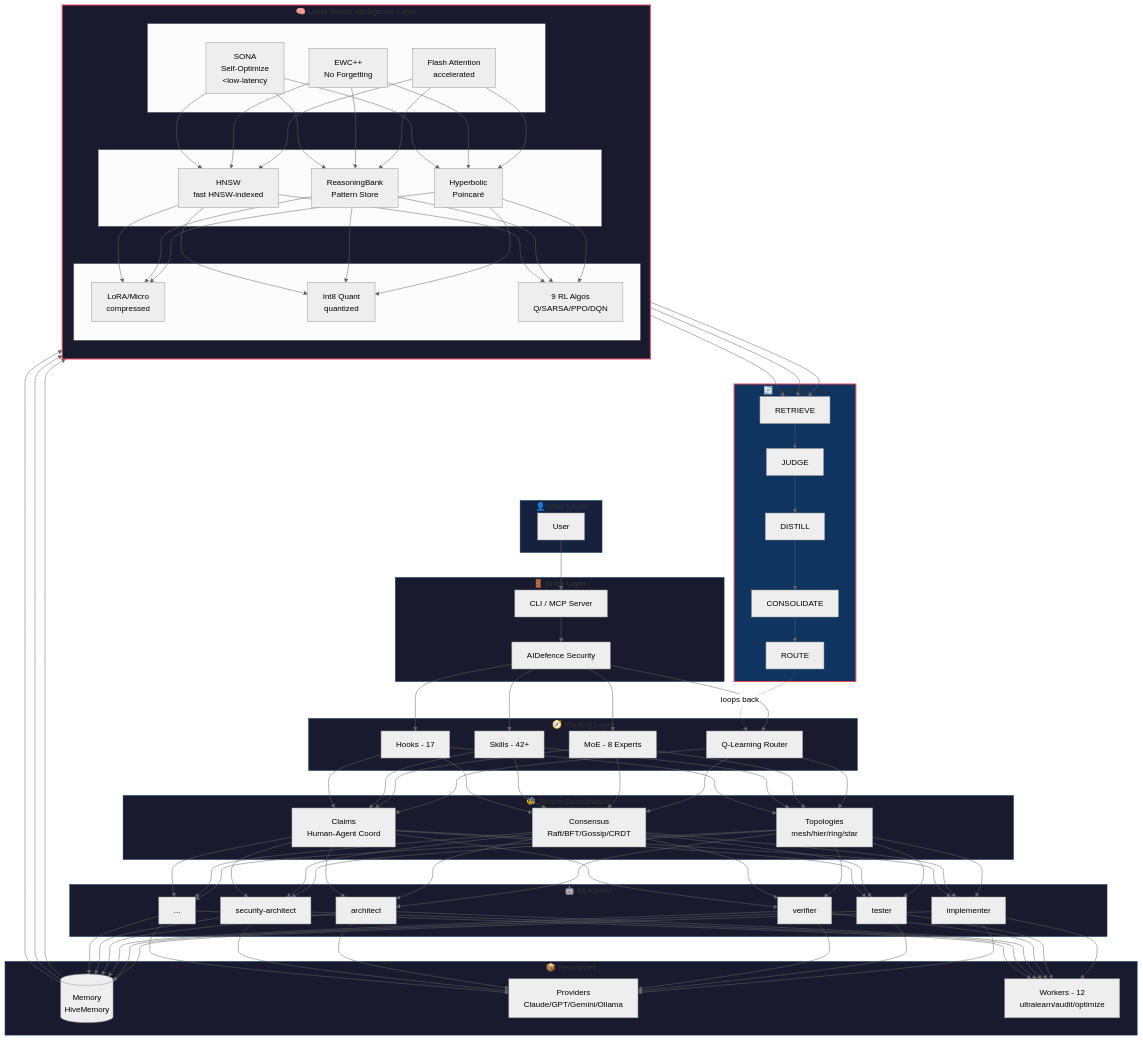
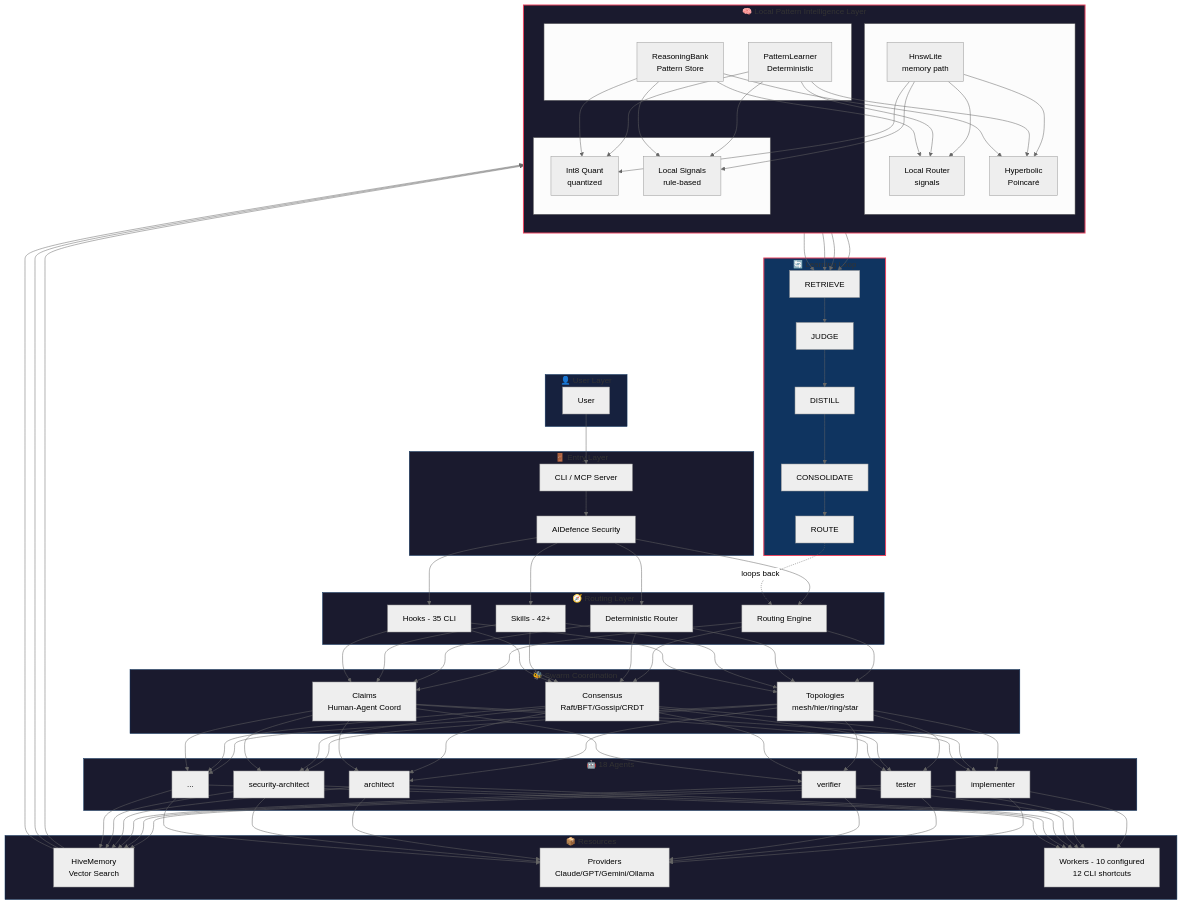
One commit to hypnwtykvmpr/hive-flow changed the first of 6 diagrams in v3/@hive-flow/cli/README.md. Above: the diagram before and after it, drawn with Mermaid (neutral theme). The commit also changed other lines of this file and 15 other files, not shown here.

```diff
--- a/v3/@hive-flow/cli/README.md
+++ b/v3/@hive-flow/cli/README.md
@@ -39,10 +39,10 @@
     end
 
     subgraph ROUTING["🧭 Routing Layer"]
-        QL[Q-Learning Router]
-        MOE[MoE - 8 Experts]
+        QL[Routing Engine]
+        ROUT[Deterministic Router]
         SK[Skills - 42+]
-        HK[Hooks - 17]
+        HK[Hooks - 35 CLI]
     end
 
     subgraph SWARM["🐝 Swarm Coordination"]
@@ -63,25 +63,24 @@
     subgraph RESOURCES["📦 Resources"]
         MEM[(Memory<br/>HiveMemory)]
         PROV[Providers<br/>Claude/GPT/Gemini/Ollama]
-        WORK[Workers - 12<br/>ultralearn/audit/optimize]
+        WORK[Workers - 10 configured<br/>12 CLI shortcuts]
     end
 
-    subgraph HIVECTOR["🧠 Local Vector Intelligence Layer"]
+    subgraph HIVECTOR["🧠 Local Pattern Intelligence Layer"]
         direction TB
         subgraph ROW1[" "]
-            SONA[SONA<br/>Self-Optimize<br/>&lt;low-latency]
-            EWC[EWC++<br/>No Forgetting]
-            FLASH[Flash Attention<br/>accelerated]
+            RB[ReasoningBank<br/>Pattern Store]
+            PL[PatternLearner<br/>Deterministic]
+            MEM[HiveMemory<br/>Vector Search]
         end
         subgraph ROW2[" "]
-            HNSW[HNSW<br/>fast HNSW-indexed]
-            RB[ReasoningBank<br/>Pattern Store]
+            HNSW[HnswLite<br/>memory path]
+            ROUT2[Local Router<br/>signals]
             HYP[Hyperbolic<br/>Poincaré]
         end
         subgraph ROW3[" "]
-            LORA[LoRA/Micro<br/>compressed]
             QUANT[Int8 Quant<br/>quantized]
-            RL[9 RL Algos<br/>Q/SARSA/PPO/DQN]
+            SIG[Local Signals<br/>rule-based]
         end
     end
 
@@ -91,14 +90,13 @@
 
     U --> CLI
     CLI --> AID
-    AID --> QL & MOE & SK & HK
-    QL & MOE & SK & HK --> TOPO & CONS & CLM
+    AID --> QL & ROUT & SK & HK
+    QL & ROUT & SK & HK --> TOPO & CONS & CLM
     TOPO & CONS & CLM --> AG1 & AG2 & AG3 & AG4 & AG5 & AG6
     AG1 & AG2 & AG3 & AG4 & AG5 & AG6 --> MEM & PROV & WORK
-    MEM --> SONA & EWC & FLASH
-    SONA & EWC & FLASH --> HNSW & RB & HYP
-    HNSW & RB & HYP --> LORA & QUANT & RL
-    LORA & QUANT & RL --> L1
+    MEM --> RB & PL & HNSW
+    RB & PL & HNSW --> ROUT2 & HYP & QUANT & SIG
+    ROUT2 & HYP & QUANT & SIG --> L1
     L5 -.->|loops back| QL
 
     style HIVECTOR fill:#1a1a2e,stroke:#e94560,stroke-width:2px
```
